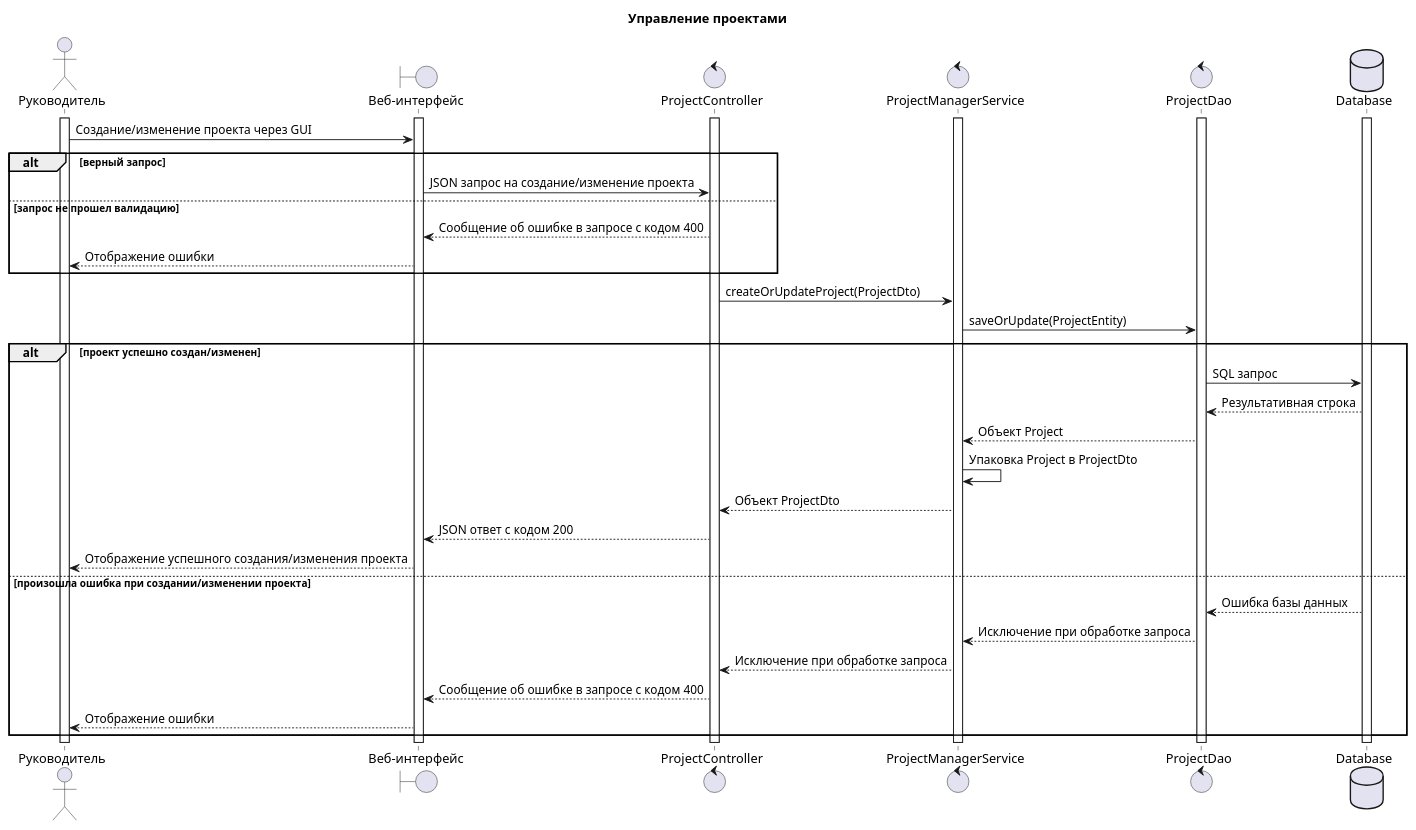
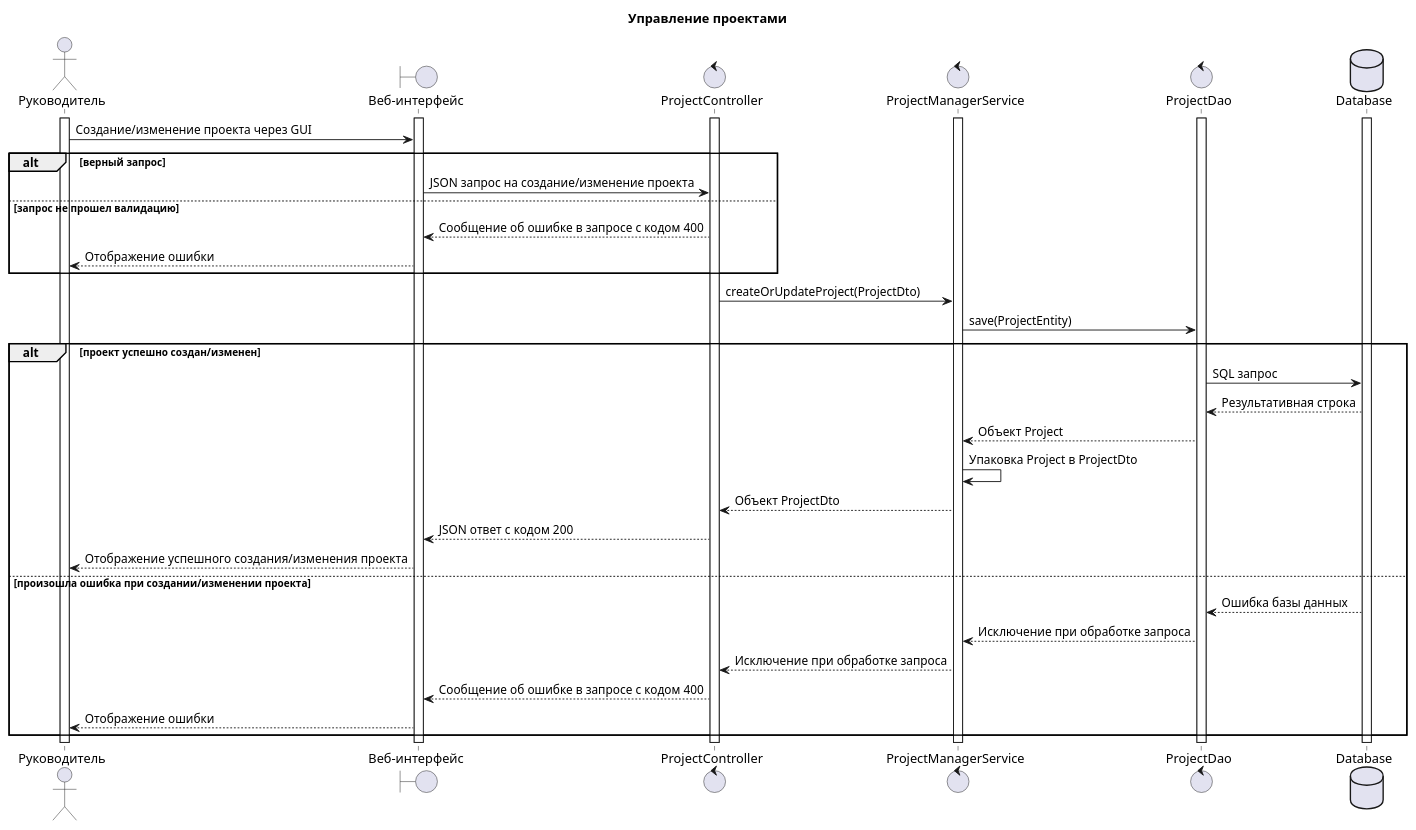
The diagram in UML diagrams/Sequence diagrams/manage-projects-sequence.wsd (penamarth/bsbo-02-21_team_var7_erp), drawn with PlantUML before and after one commit. The commit also changed 1 other file, not shown here.

Commit message:
Добавил схему Альвины в диаграмму классов

```diff
--- a/UML diagrams/Sequence diagrams/manage-projects-sequence.wsd
+++ b/UML diagrams/Sequence diagrams/manage-projects-sequence.wsd
@@ -1,46 +1,46 @@
 @startuml sequence
 title Управление проектами
 
 actor Руководитель as manager
 boundary "Веб-интерфейс" as site
 control ProjectController as pcont
 control ProjectManagerService as pmserv
 control ProjectDao as pdao
 database Database as db
 
 activate manager
 activate site
 activate db
 activate pcont
 activate pmserv
 activate pdao
 
 manager -> site : Создание/изменение проекта через GUI
 
 alt верный запрос
     site -> pcont : JSON запрос на создание/изменение проекта
 else запрос не прошел валидацию
     site <-- pcont : Сообщение об ошибке в запросе с кодом 400
     manager <-- site : Отображение ошибки
 end
 
 pcont -> pmserv : createOrUpdateProject(ProjectDto)
-pmserv -> pdao : saveOrUpdate(ProjectEntity)
+pmserv -> pdao : save(ProjectEntity)
 
 alt проект успешно создан/изменен
     pdao -> db : SQL запрос
     pdao <-- db : Результативная строка
     pmserv <-- pdao : Объект Project
     pmserv -> pmserv : Упаковка Project в ProjectDto
     pcont <-- pmserv : Объект ProjectDto
     site <-- pcont : JSON ответ с кодом 200
     manager <-- site : Отображение успешного создания/изменения проекта
 else произошла ошибка при создании/изменении проекта
     pdao <-- db : Ошибка базы данных
     pmserv <-- pdao : Исключение при обработке запроса
     pcont <-- pmserv : Исключение при обработке запроса
     site <-- pcont : Сообщение об ошибке в запросе с кодом 400
     manager <-- site : Отображение ошибки
 end
 
 @enduml
```
